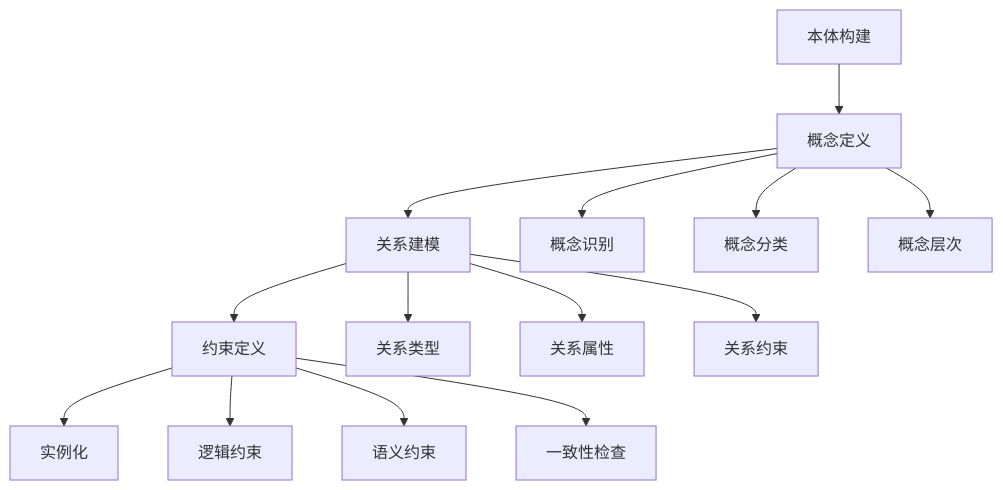
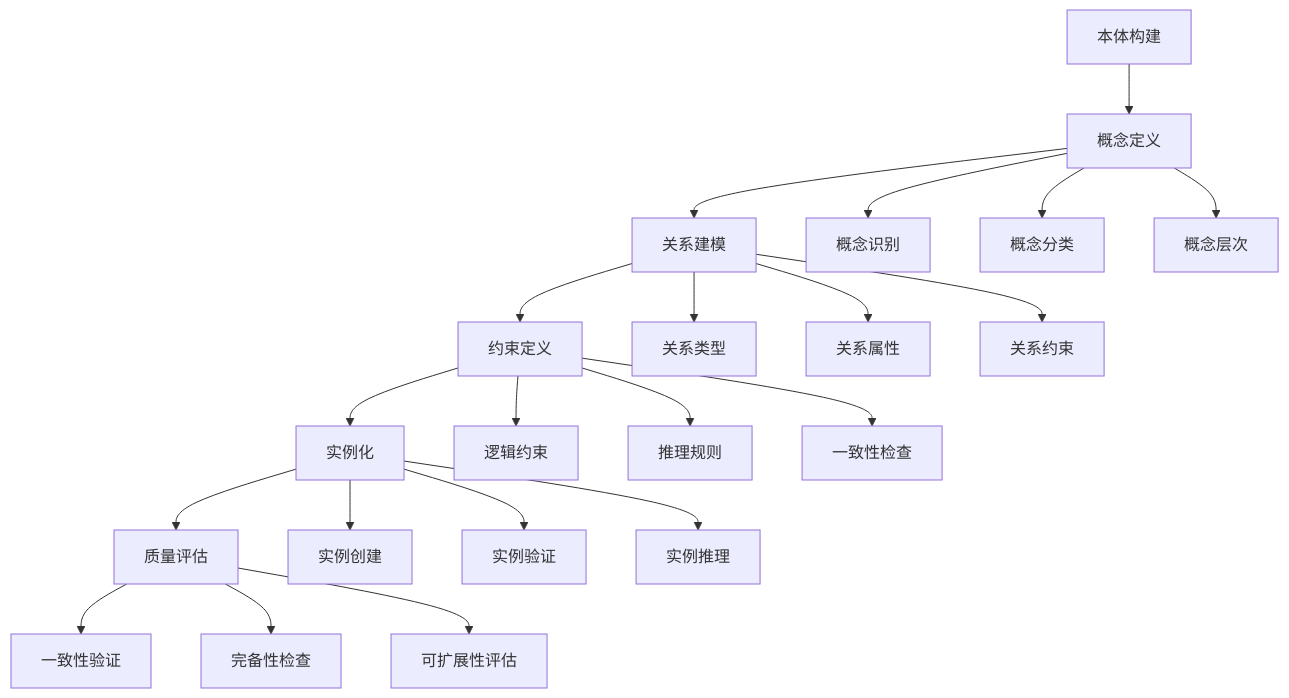
The diagram in docs/04-ontology-engineering/README.md (AdaMartin18010/KnowledgeGraph), drawn with Mermaid before and after one commit. The commit also changed other lines of this file and 10 other files, not shown here.

````diff
--- a/docs/04-ontology-engineering/README.md
+++ b/docs/04-ontology-engineering/README.md
@@ -85,19 +207,28 @@
 ```mermaid
 graph TD
     A[本体构建] --> B[概念定义]
     B --> C[关系建模]
     C --> D[约束定义]
     D --> E[实例化]
+    E --> F[质量评估]
     
     B --> B1[概念识别]
     B --> B2[概念分类]
     B --> B3[概念层次]
     
     C --> C1[关系类型]
     C --> C2[关系属性]
     C --> C3[关系约束]
     
     D --> D1[逻辑约束]
-    D --> D2[语义约束]
+    D --> D2[推理规则]
     D --> D3[一致性检查]
+    
+    E --> E1[实例创建]
+    E --> E2[实例验证]
+    E --> E3[实例推理]
+    
+    F --> F1[一致性验证]
+    F --> F2[完备性检查]
+    F --> F3[可扩展性评估]
 ```
````
